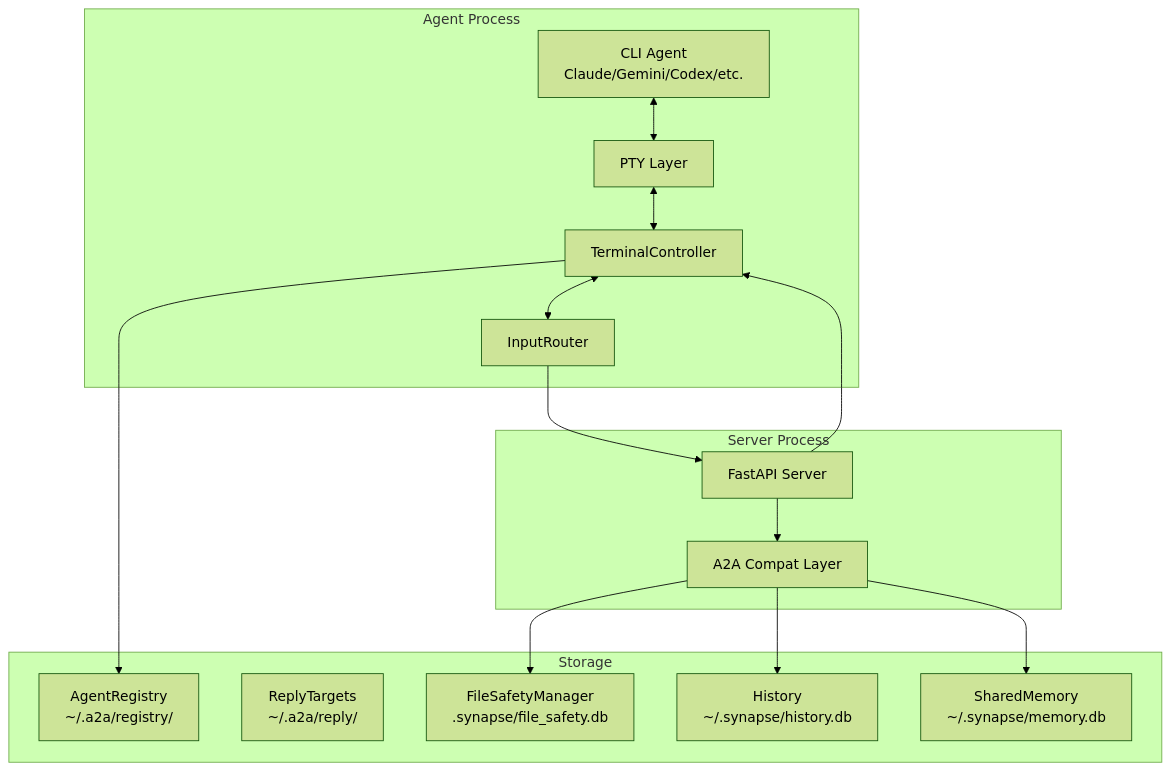
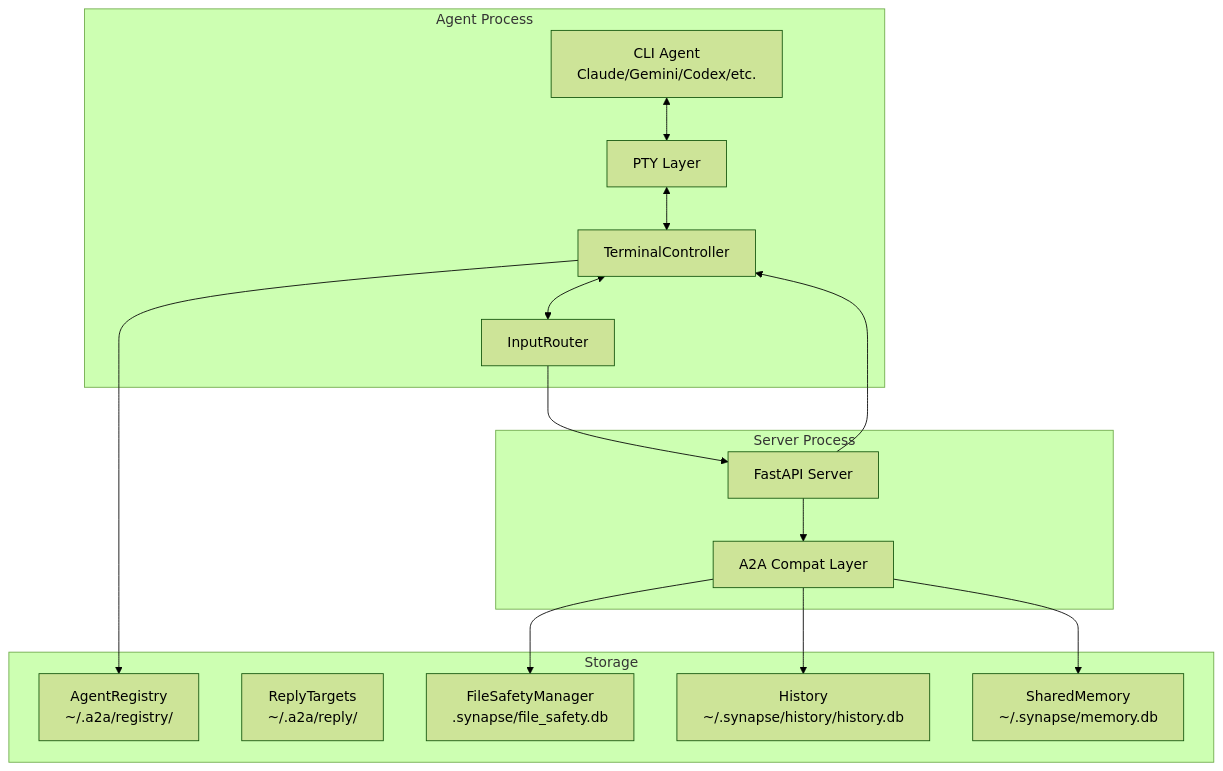
The first of 4 diagrams in site-docs/concepts/architecture.md (s-hiraoku/synapse-a2a), drawn with Mermaid (forest theme) before and after one commit. The commit also changed other lines of this file and 6 other files, not shown here.

````diff
--- a/site-docs/concepts/architecture.md
+++ b/site-docs/concepts/architecture.md
@@ -7,33 +7,33 @@
 ```mermaid
 graph TB
     subgraph "Agent Process"
         CLI[CLI Agent<br/>Claude/Gemini/Codex/etc.]
         PTY[PTY Layer]
         TC[TerminalController]
         IR[InputRouter]
         CLI <--> PTY
         PTY <--> TC
         TC <--> IR
     end
 
     subgraph "Server Process"
         FS[FastAPI Server]
         A2A[A2A Compat Layer]
         FS --> A2A
     end
 
     subgraph "Storage"
         REG[AgentRegistry<br/>~/.a2a/registry/]
         RPL[ReplyTargets<br/>~/.a2a/reply/]
         FSM[FileSafetyManager<br/>.synapse/file_safety.db]
-        HIST[History<br/>~/.synapse/history.db]
+        HIST[History<br/>~/.synapse/history/history.db]
         SM[SharedMemory<br/>~/.synapse/memory.db]
     end
 
     IR --> FS
     FS --> TC
     TC --> REG
     A2A --> FSM
     A2A --> HIST
     A2A --> SM
 ```
````
